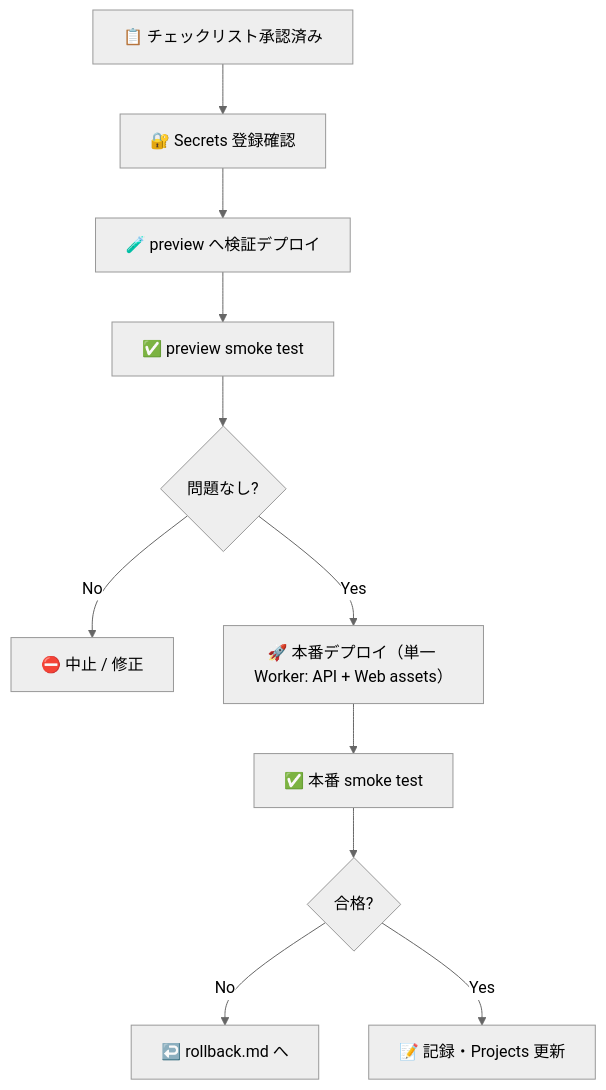
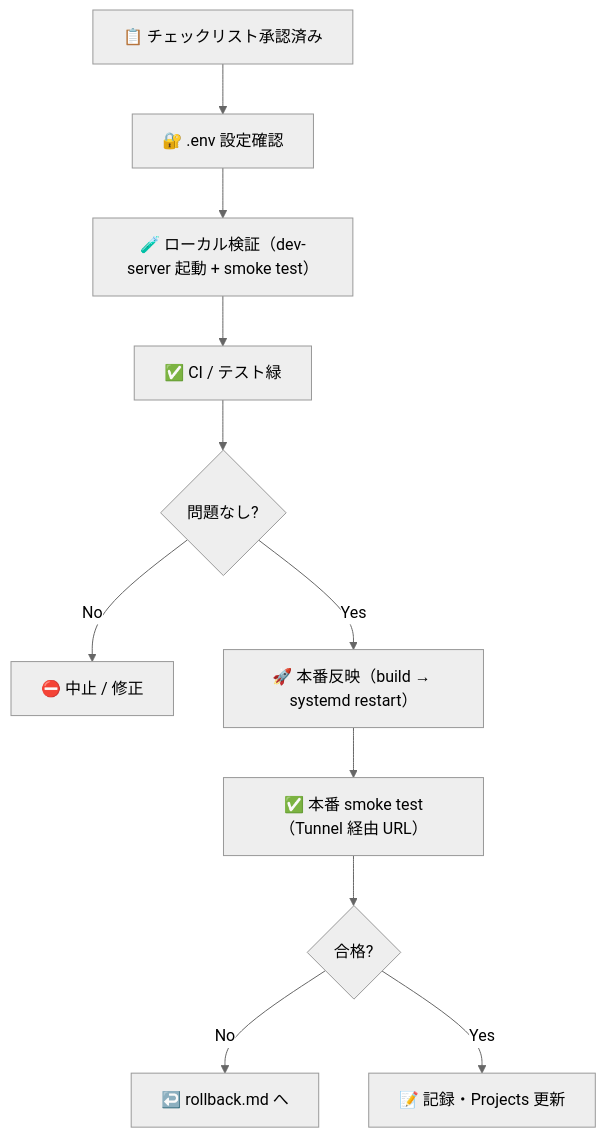
Before and after one commit to Kensan196948G/Public-Works-Stakeholder-Map: the diagram in docs/operations/deploy-runbook.md, drawn with Mermaid (neutral theme). The commit also changed other lines of this file and 19 other files, not shown here.

````diff
--- a/docs/operations/deploy-runbook.md
+++ b/docs/operations/deploy-runbook.md
@@ -28,13 +29,13 @@
 ```mermaid
 flowchart TB
-    A["📋 チェックリスト承認済み"] --> B["🔐 Secrets 登録確認"]
-    B --> C["🧪 preview へ検証デプロイ"]
-    C --> D["✅ preview smoke test"]
+    A["📋 チェックリスト承認済み"] --> B["🔐 .env 設定確認"]
+    B --> C["🧪 ローカル検証（dev-server 起動 + smoke test）"]
+    C --> D["✅ CI / テスト緑"]
     D --> E{"問題なし?"}
     E -->|No| Z["⛔ 中止 / 修正"]
-    E -->|Yes| F["🚀 本番デプロイ（単一 Worker: API + Web assets）"]
-    F --> H["✅ 本番 smoke test"]
+    E -->|Yes| F["🚀 本番反映（build → systemd restart）"]
+    F --> H["✅ 本番 smoke test（Tunnel 経由 URL）"]
     H --> I{"合格?"}
     I -->|No| R["↩️ rollback.md へ"]
     I -->|Yes| J["📝 記録・Projects 更新"]
 ```
````
